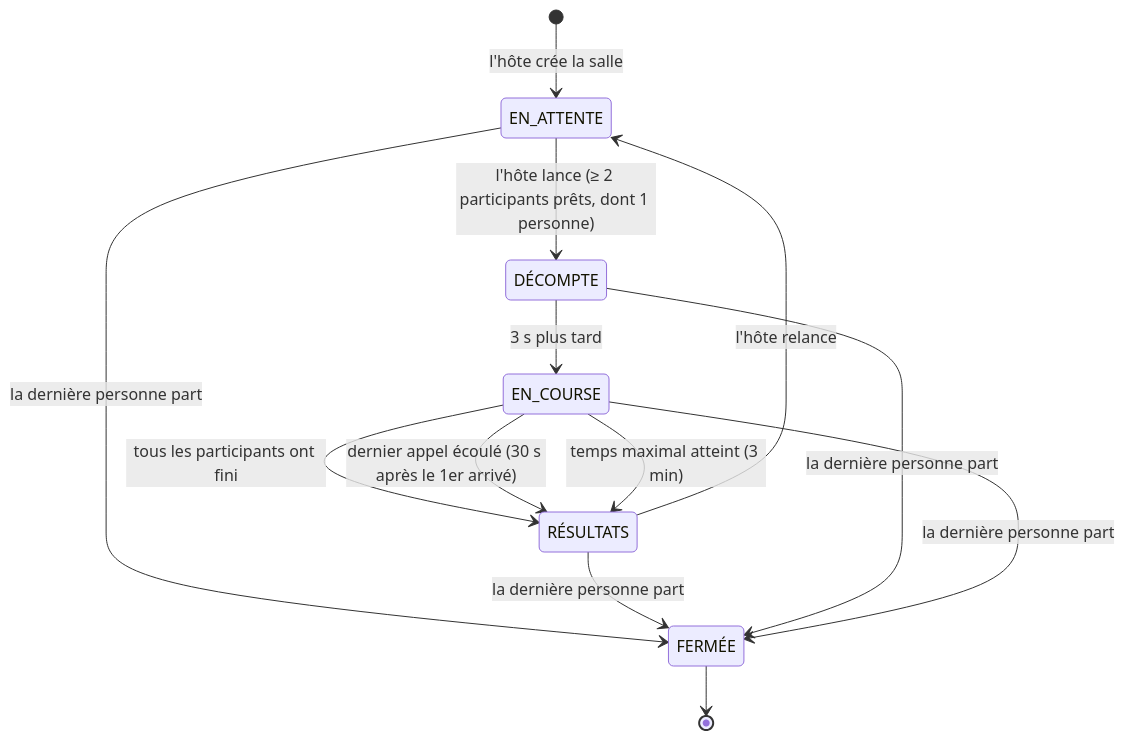
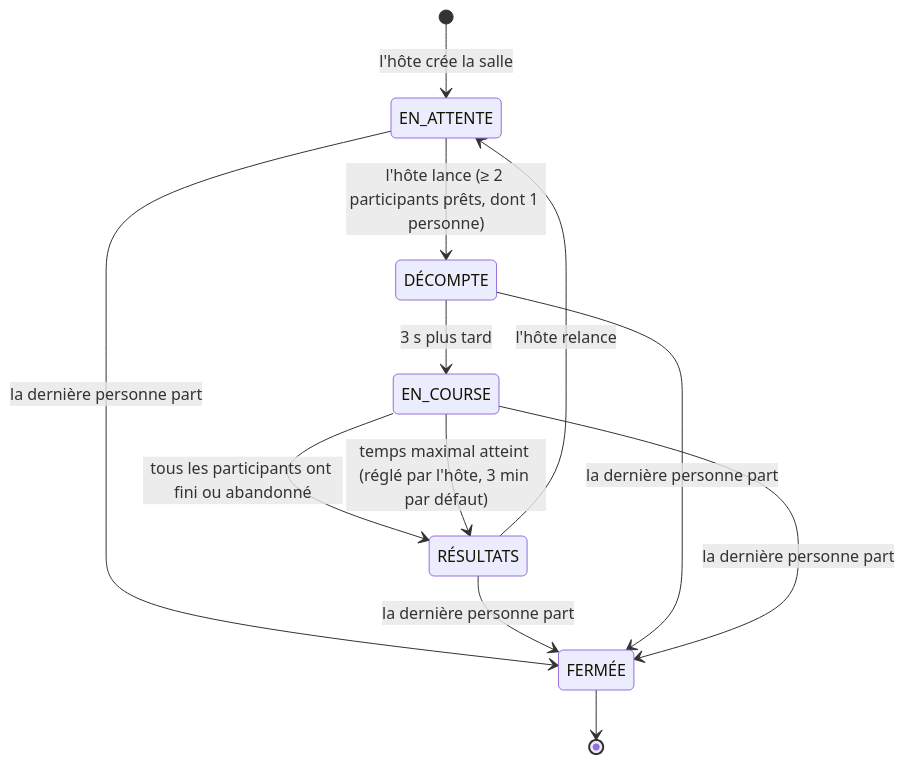
One commit to PBousquet01/TypeRacer changed the third of 4 diagrams in docs/ARCHITECTURE.md. Above: the diagram before and after it, drawn with Mermaid. The commit also changed other lines of this file and 14 other files, not shown here.

````diff
--- a/docs/ARCHITECTURE.md
+++ b/docs/ARCHITECTURE.md
@@ -229,20 +229,19 @@
 ```mermaid
 stateDiagram-v2
     state "EN_ATTENTE" as ATTENTE
     state "DÉCOMPTE" as DECOMPTE
     state "EN_COURSE" as COURSE
     state "RÉSULTATS" as RESULTATS
     state "FERMÉE" as FERMEE
     [*] --> ATTENTE : l'hôte crée la salle
     ATTENTE --> DECOMPTE : l'hôte lance (≥ 2 participants prêts, dont 1 personne)
     DECOMPTE --> COURSE : 3 s plus tard
-    COURSE --> RESULTATS : tous les participants ont fini
-    COURSE --> RESULTATS : dernier appel écoulé (30 s après le 1er arrivé)
-    COURSE --> RESULTATS : temps maximal atteint (3 min)
+    COURSE --> RESULTATS : tous les participants ont fini ou abandonné
+    COURSE --> RESULTATS : temps maximal atteint (réglé par l'hôte, 3 min par défaut)
     RESULTATS --> ATTENTE : l'hôte relance
     ATTENTE --> FERMEE : la dernière personne part
     RESULTATS --> FERMEE : la dernière personne part
     DECOMPTE --> FERMEE : la dernière personne part
     COURSE --> FERMEE : la dernière personne part
     FERMEE --> [*]
 ```
````
